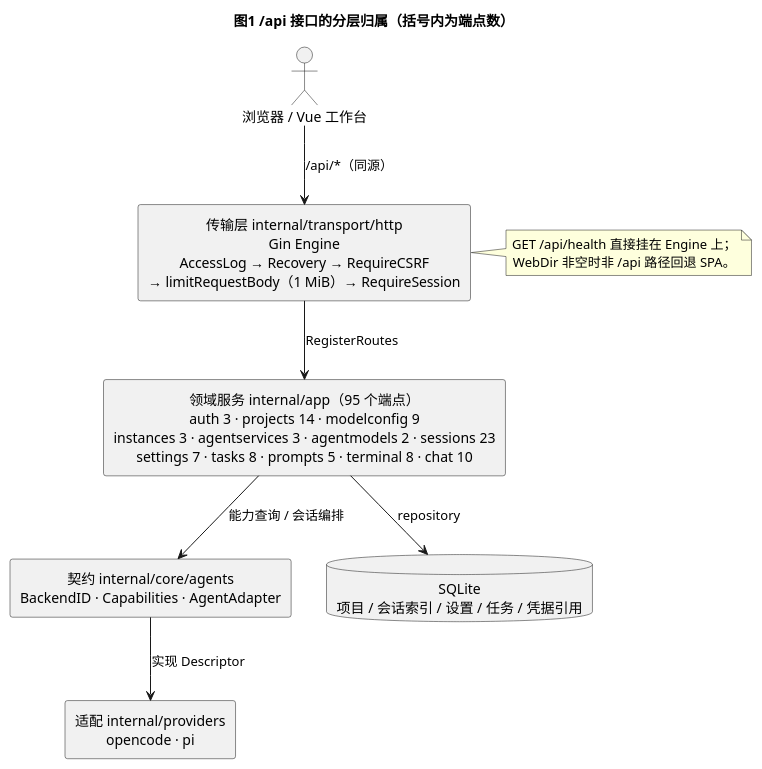
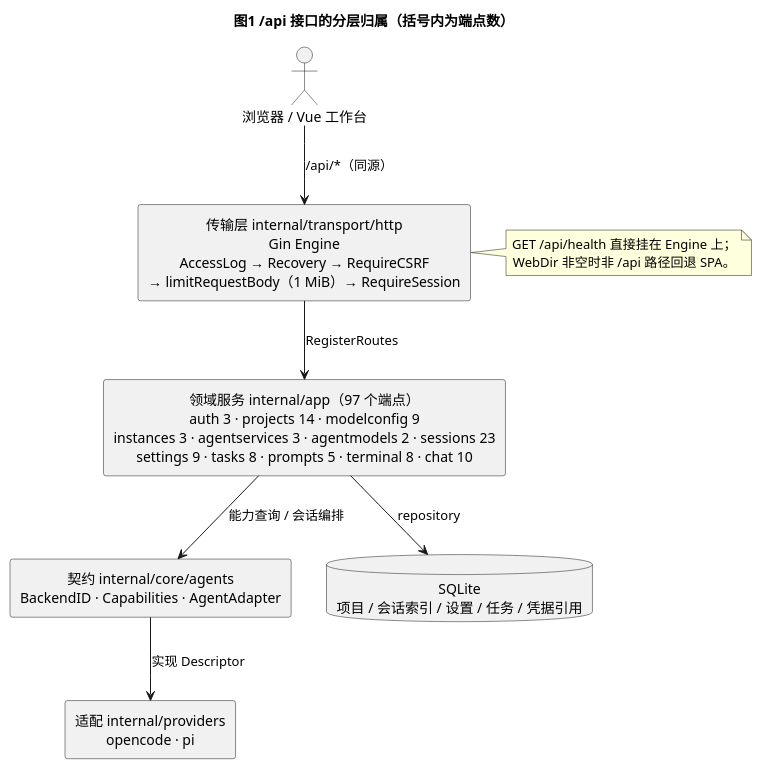
The first of 5 diagrams in docs/api/backend-api-inventory.md (nickdevelop/dev_platform), drawn with PlantUML before and after one commit. The commit also changed other lines of this file and 37 other files, not shown here.

````diff
--- a/docs/api/backend-api-inventory.md
+++ b/docs/api/backend-api-inventory.md
@@ -33,30 +33,30 @@
 ```plantuml
 @startuml
 title 图1 /api 接口的分层归属（括号内为端点数）
 
 skinparam componentStyle rectangle
 skinparam defaultTextAlignment center
 top to bottom direction
 
 actor "浏览器 / Vue 工作台" as Web
 
 rectangle "传输层 internal/transport/http\nGin Engine\nAccessLog → Recovery → RequireCSRF\n→ limitRequestBody（1 MiB）→ RequireSession" as T
 
-rectangle "领域服务 internal/app（95 个端点）\nauth 3 · projects 14 · modelconfig 9\ninstances 3 · agentservices 3 · agentmodels 2 · sessions 23\nsettings 7 · tasks 8 · prompts 5 · terminal 8 · chat 10" as D
+rectangle "领域服务 internal/app（97 个端点）\nauth 3 · projects 14 · modelconfig 9\ninstances 3 · agentservices 3 · agentmodels 2 · sessions 23\nsettings 9 · tasks 8 · prompts 5 · terminal 8 · chat 10" as D
 
 rectangle "契约 internal/core/agents\nBackendID · Capabilities · AgentAdapter" as C
 rectangle "适配 internal/providers\nopencode · pi" as P
 database "SQLite\n项目 / 会话索引 / 设置 / 任务 / 凭据引用" as DB
 
 Web --> T : /api/*（同源）
 T --> D : RegisterRoutes
 D --> C : 能力查询 / 会话编排
 C --> P : 实现 Descriptor
 D --> DB : repository
 
 note right of T
   GET /api/health 直接挂在 Engine 上；
   WebDir 非空时非 /api 路径回退 SPA。
 end note
 @enduml
 ```
````
